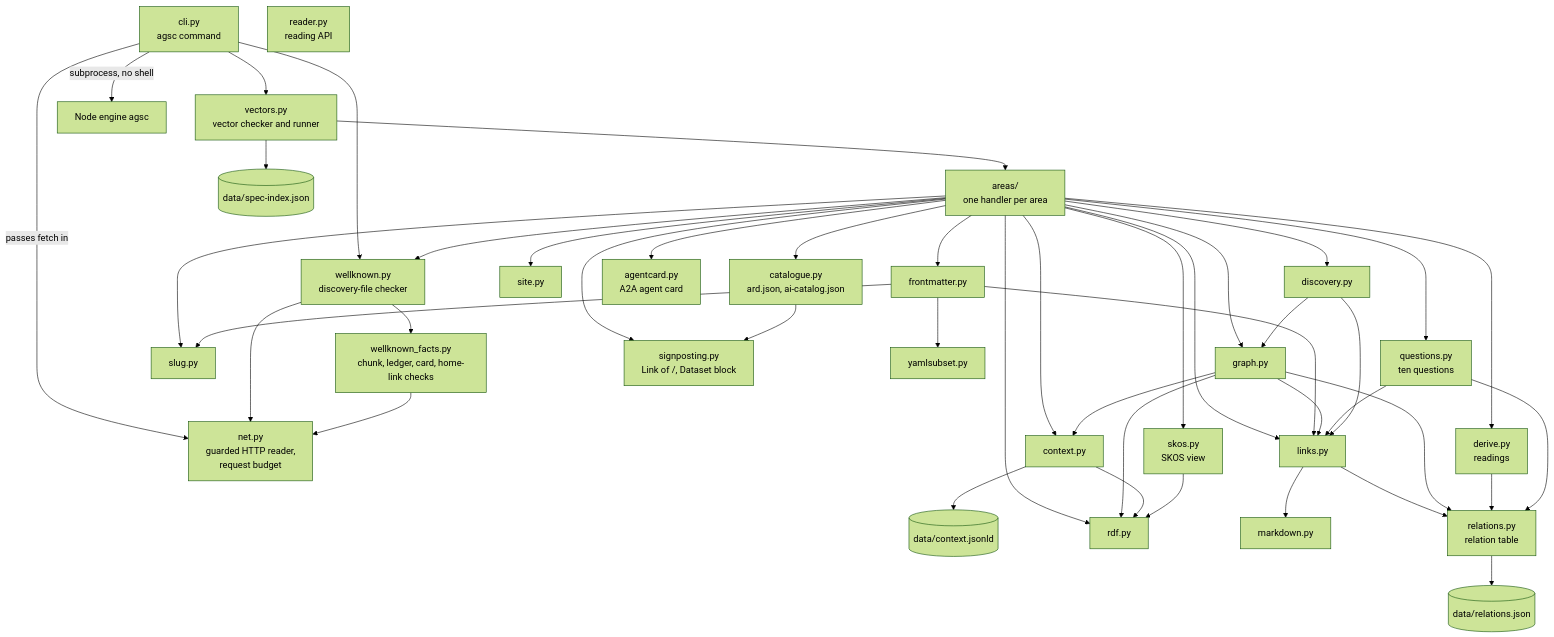
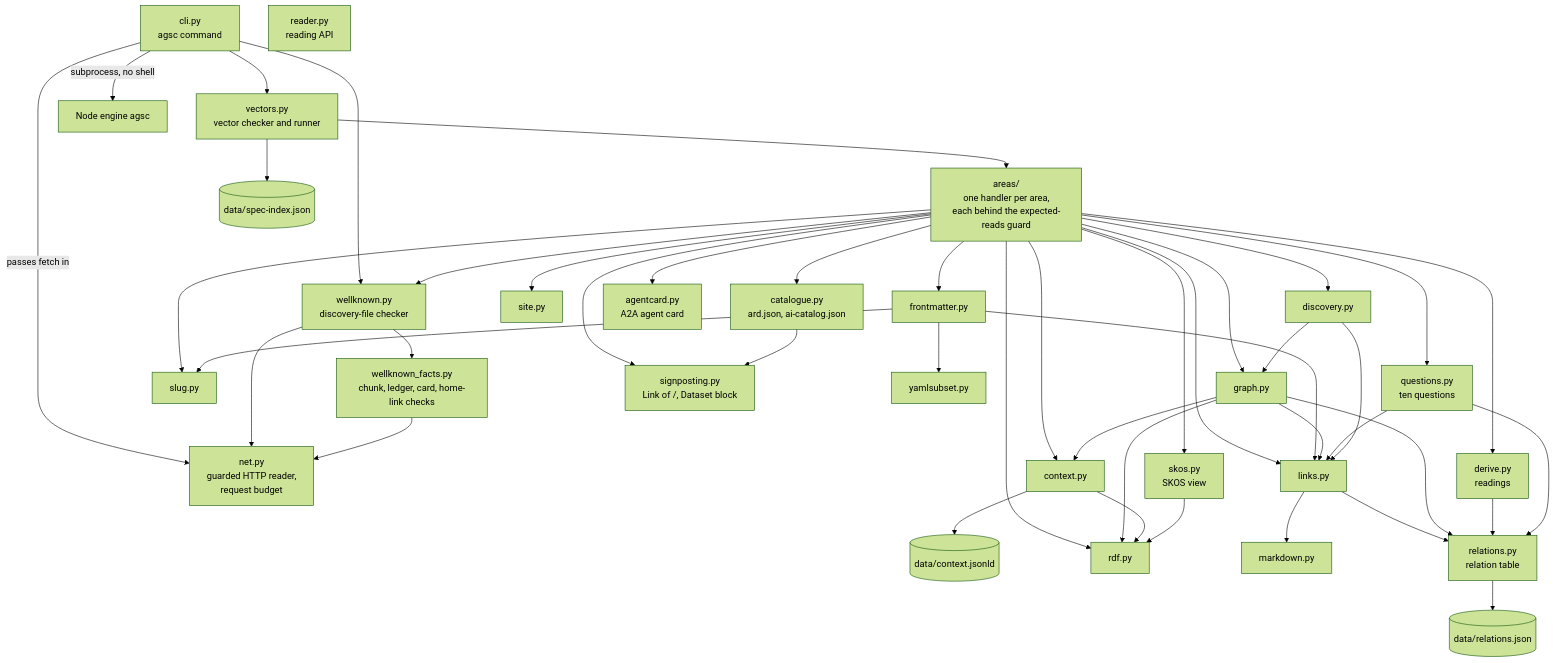
One commit to andreibesleaga/agentic-system-core-python changed the second of 3 diagrams in docs/ARCHITECTURE.md. Above: the diagram before and after it, drawn with Mermaid (forest theme). The commit also changed other lines of this file and 18 other files, not shown here.

````diff
--- a/docs/ARCHITECTURE.md
+++ b/docs/ARCHITECTURE.md
@@ -35,51 +35,51 @@
 ```mermaid
 flowchart TD
     cli["cli.py<br/>agsc command"] --> wellknown["wellknown.py<br/>discovery-file checker"]
     cli --> vectors["vectors.py<br/>vector checker and runner"]
     cli -->|"passes fetch in"| net
     cli -->|"subprocess, no shell"| node["Node engine agsc"]
     wellknown --> net["net.py<br/>guarded HTTP reader,<br/>request budget"]
     wellknown --> facts["wellknown_facts.py<br/>chunk, ledger, card, home-link checks"]
     facts --> net
-    vectors --> areas["areas/<br/>one handler per area"]
+    vectors --> areas["areas/<br/>one handler per area,<br/>each behind the expected-reads guard"]
     vectors --> index[("data/spec-index.json")]
     context --> published[("data/context.jsonld")]
 
     areas --> frontmatter["frontmatter.py"]
     areas --> slug["slug.py"]
     areas --> links["links.py"]
     areas --> graphmod["graph.py"]
     areas --> context["context.py"]
     areas --> discovery["discovery.py"]
     areas --> site["site.py"]
     areas --> wellknown
     areas --> rdf
 
     areas --> derive["derive.py<br/>readings"]
     areas --> questions["questions.py<br/>ten questions"]
     areas --> skos["skos.py<br/>SKOS view"]
     areas --> signposting["signposting.py<br/>Link of /, Dataset block"]
     areas --> catalogue["catalogue.py<br/>ard.json, ai-catalog.json"]
     areas --> agentcard["agentcard.py<br/>A2A agent card"]
     catalogue --> signposting
 
     frontmatter --> yamlsubset["yamlsubset.py"]
     frontmatter --> slug
     frontmatter --> links
     links --> markdown["markdown.py"]
     links --> relations["relations.py<br/>relation table"]
     relations --> table[("data/relations.json")]
     graphmod --> links
     graphmod --> relations
     graphmod --> rdf["rdf.py"]
     graphmod --> context
     context --> rdf
     derive --> relations
     questions --> links
     questions --> relations
     skos --> rdf
     discovery --> graphmod
     discovery --> links
 
     reader["reader.py<br/>reading API"]
 ```
````
